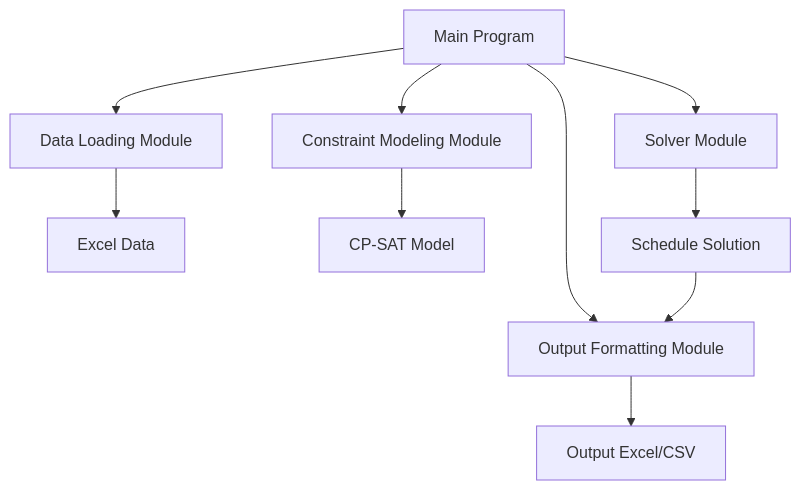
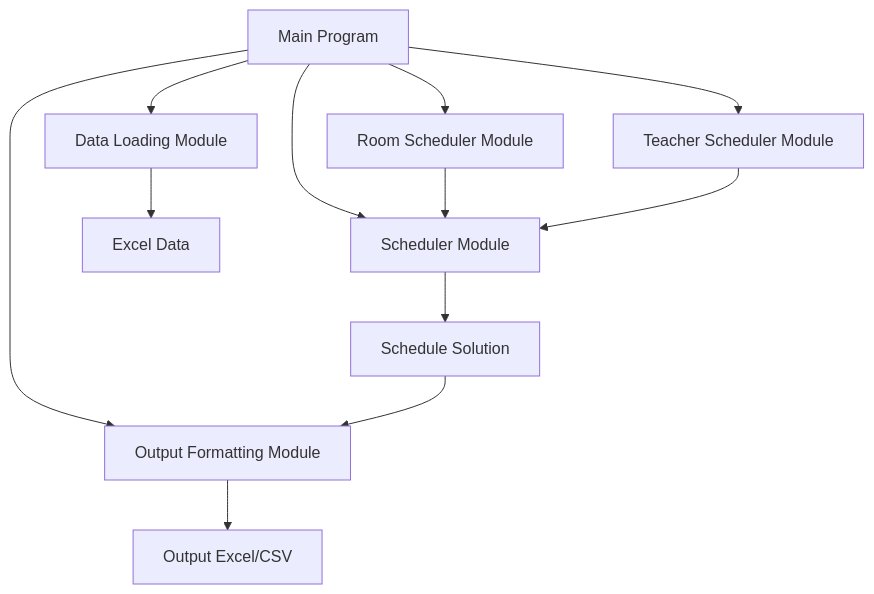
One commit to shonlittle/studio-schedule changed the diagram in README.md. Above: the diagram before and after it, drawn with Mermaid. The commit also changed other lines of this file, not shown here.

````diff
--- a/README.md
+++ b/README.md
@@ -44,12 +54,14 @@
 ```mermaid
 graph TD
     A[Main Program] --> B[Data Loading Module]
-    A --> C[Constraint Modeling Module]
-    A --> D[Solver Module]
+    A --> C1[Room Scheduler Module]
+    A --> C2[Teacher Scheduler Module]
+    A --> D[Scheduler Module]
     A --> E[Output Formatting Module]
     B --> F[Excel Data]
-    C --> G[CP-SAT Model]
+    C1 --> D
+    C2 --> D
     D --> H[Schedule Solution]
     H --> E
     E --> I[Output Excel/CSV]
 ```
````
